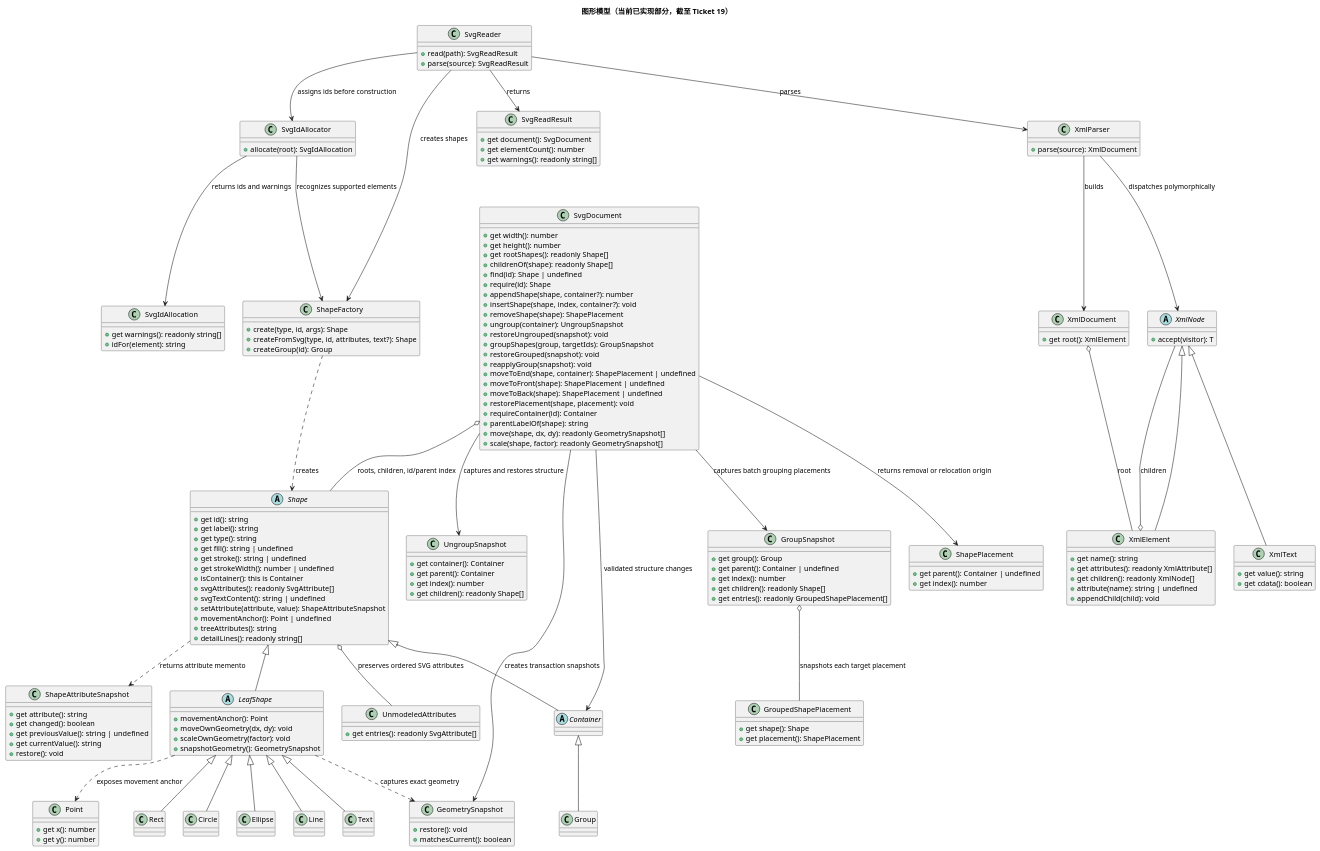
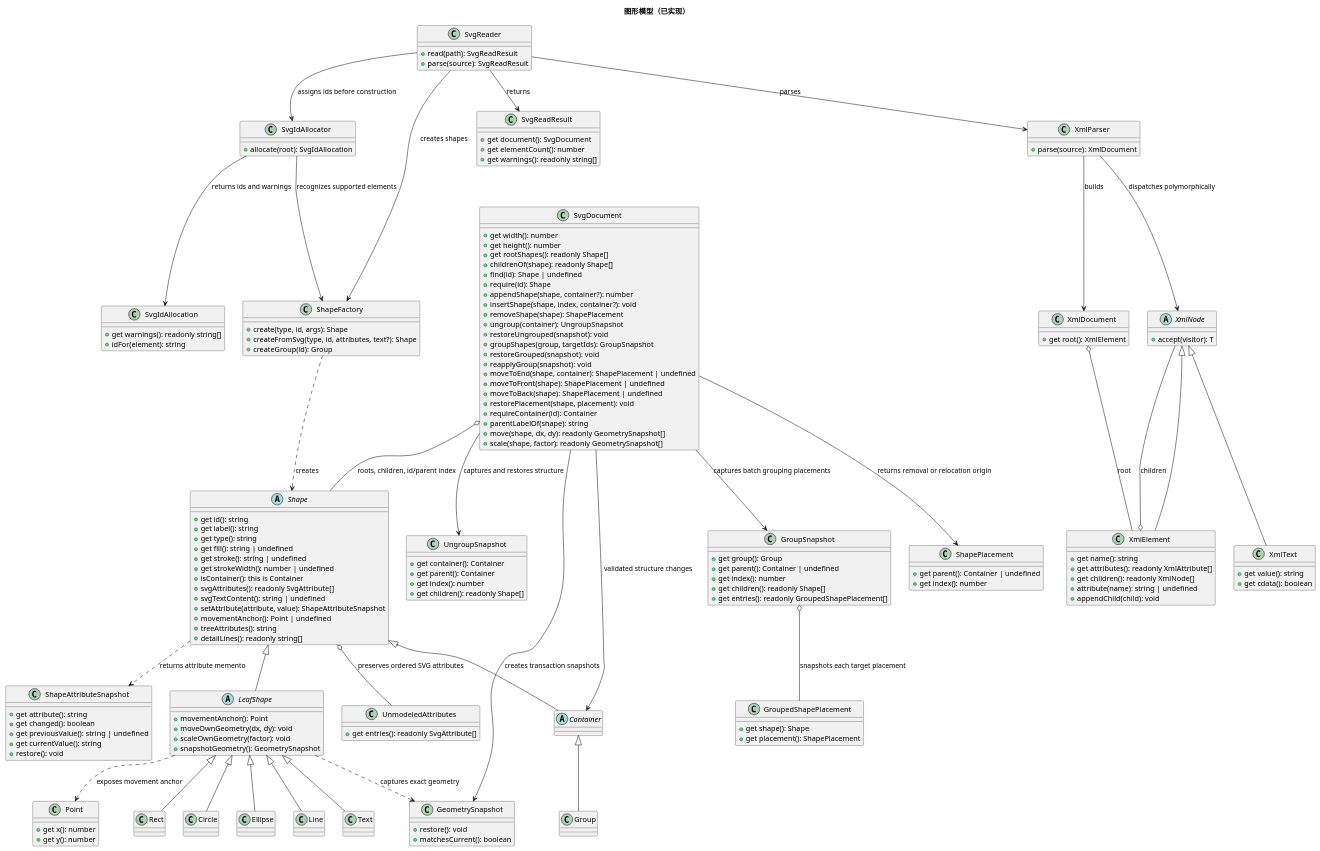
One commit to NQC233/svg-editor-lab1 changed the first of 2 diagrams in doc/class-model.puml. Above: the diagram before and after it, drawn with PlantUML. The commit also changed other lines of this file and 23 other files, not shown here.

```diff
--- a/doc/class-model.puml
+++ b/doc/class-model.puml
@@ -1,190 +1,192 @@
-@startuml
-title 图形模型（当前已实现部分，截至 Ticket 19）
+@startuml class-model
+skinparam defaultFontName "PingFang SC"
+skinparam backgroundColor white
+title 图形模型（已实现）
 
 abstract class Shape {
   +get id(): string
   +get label(): string
   +get type(): string
   +get fill(): string | undefined
   +get stroke(): string | undefined
   +get strokeWidth(): number | undefined
   +isContainer(): this is Container
   +svgAttributes(): readonly SvgAttribute[]
   +svgTextContent(): string | undefined
   +setAttribute(attribute, value): ShapeAttributeSnapshot
   +movementAnchor(): Point | undefined
   +treeAttributes(): string
   +detailLines(): readonly string[]
 }
 
 abstract class LeafShape {
   +movementAnchor(): Point
   +moveOwnGeometry(dx, dy): void
   +scaleOwnGeometry(factor): void
   +snapshotGeometry(): GeometrySnapshot
 }
 
 abstract class Container
 
 class Group
 class Rect
 class Circle
 class Ellipse
 class Line
 class Text
 class UnmodeledAttributes {
   +get entries(): readonly SvgAttribute[]
 }
 class GeometrySnapshot {
   +restore(): void
   +matchesCurrent(): boolean
 }
 
 class ShapeAttributeSnapshot {
   +get attribute(): string
   +get changed(): boolean
   +get previousValue(): string | undefined
   +get currentValue(): string
   +restore(): void
 }
 
 class Point {
   +get x(): number
   +get y(): number
 }
 
 class ShapePlacement {
   +get parent(): Container | undefined
   +get index(): number
 }
 
 class UngroupSnapshot {
   +get container(): Container
   +get parent(): Container
   +get index(): number
   +get children(): readonly Shape[]
 }
 
 class GroupSnapshot {
   +get group(): Group
   +get parent(): Container | undefined
   +get index(): number
   +get children(): readonly Shape[]
   +get entries(): readonly GroupedShapePlacement[]
 }
 
 class GroupedShapePlacement {
   +get shape(): Shape
   +get placement(): ShapePlacement
 }
 
 class SvgDocument {
   +get width(): number
   +get height(): number
   +get rootShapes(): readonly Shape[]
   +childrenOf(shape): readonly Shape[]
   +find(id): Shape | undefined
   +require(id): Shape
   +appendShape(shape, container?): number
   +insertShape(shape, index, container?): void
   +removeShape(shape): ShapePlacement
   +ungroup(container): UngroupSnapshot
   +restoreUngrouped(snapshot): void
   +groupShapes(group, targetIds): GroupSnapshot
   +restoreGrouped(snapshot): void
   +reapplyGroup(snapshot): void
   +moveToEnd(shape, container): ShapePlacement | undefined
   +moveToFront(shape): ShapePlacement | undefined
   +moveToBack(shape): ShapePlacement | undefined
   +restorePlacement(shape, placement): void
   +requireContainer(id): Container
   +parentLabelOf(shape): string
   +move(shape, dx, dy): readonly GeometrySnapshot[]
   +scale(shape, factor): readonly GeometrySnapshot[]
 }
 
 class ShapeFactory {
   +create(type, id, args): Shape
   +createFromSvg(type, id, attributes, text?): Shape
   +createGroup(id): Group
 }
 
 abstract class XmlNode {
   +accept(visitor): T
 }
 
 class XmlElement {
   +get name(): string
   +get attributes(): readonly XmlAttribute[]
   +get children(): readonly XmlNode[]
   +attribute(name): string | undefined
   +appendChild(child): void
 }
 
 class XmlText {
   +get value(): string
   +get cdata(): boolean
 }
 
 class XmlDocument {
   +get root(): XmlElement
 }
 
 class XmlParser {
   +parse(source): XmlDocument
 }
 
 class SvgReader {
   +read(path): SvgReadResult
   +parse(source): SvgReadResult
 }
 
 class SvgReadResult {
   +get document(): SvgDocument
   +get elementCount(): number
   +get warnings(): readonly string[]
 }
 
 class SvgIdAllocator {
   +allocate(root): SvgIdAllocation
 }
 
 class SvgIdAllocation {
   +get warnings(): readonly string[]
   +idFor(element): string
 }
 
 
 Shape <|-- LeafShape
 Shape <|-- Container
 Container <|-- Group
 LeafShape <|-- Rect
 LeafShape <|-- Circle
 LeafShape <|-- Ellipse
 LeafShape <|-- Line
 LeafShape <|-- Text
 SvgDocument o-- Shape : roots, children, id/parent index
 SvgDocument --> Container : validated structure changes
 SvgDocument --> GeometrySnapshot : creates transaction snapshots
 SvgDocument --> ShapePlacement : returns removal or relocation origin
 SvgDocument --> UngroupSnapshot : captures and restores structure
 SvgDocument --> GroupSnapshot : captures batch grouping placements
 GroupSnapshot o-- GroupedShapePlacement : snapshots each target placement
 LeafShape ..> GeometrySnapshot : captures exact geometry
 LeafShape ..> Point : exposes movement anchor
 ShapeFactory ..> Shape : creates
 Shape ..> ShapeAttributeSnapshot : returns attribute memento
 Shape o-- UnmodeledAttributes : preserves ordered SVG attributes
 XmlNode <|-- XmlElement
 XmlNode <|-- XmlText
 XmlElement o-- XmlNode : children
 XmlDocument o-- XmlElement : root
 XmlParser --> XmlDocument : builds
 XmlParser --> XmlNode : dispatches polymorphically
 SvgReader --> XmlParser : parses
 SvgReader --> ShapeFactory : creates shapes
 SvgReader --> SvgIdAllocator : assigns ids before construction
 SvgReader --> SvgReadResult : returns
 SvgIdAllocator --> SvgIdAllocation : returns ids and warnings
 SvgIdAllocator --> ShapeFactory : recognizes supported elements
 @enduml
```
